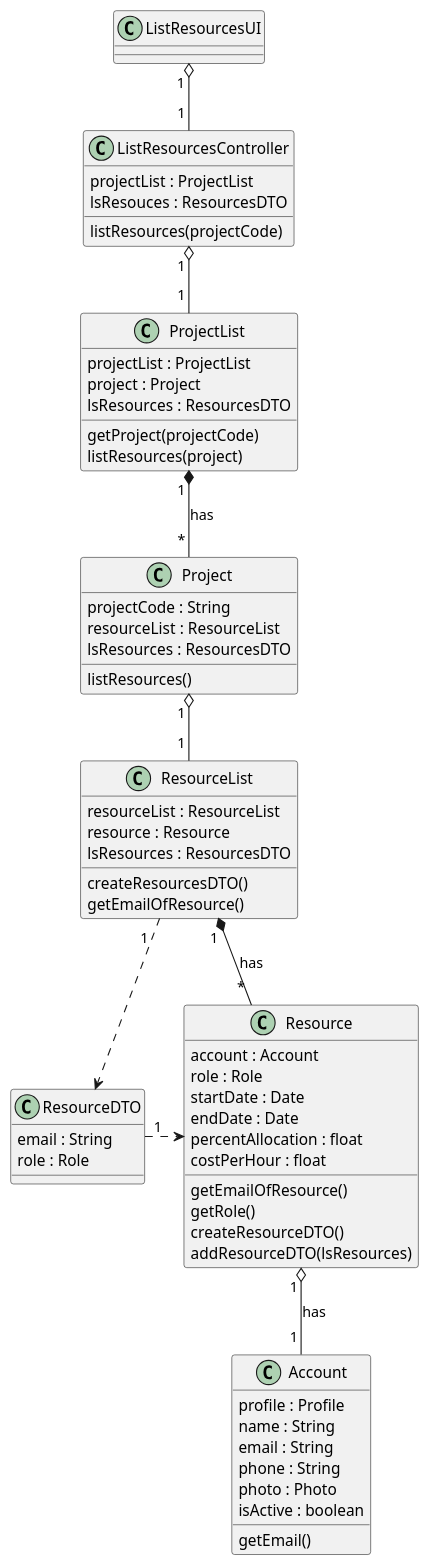
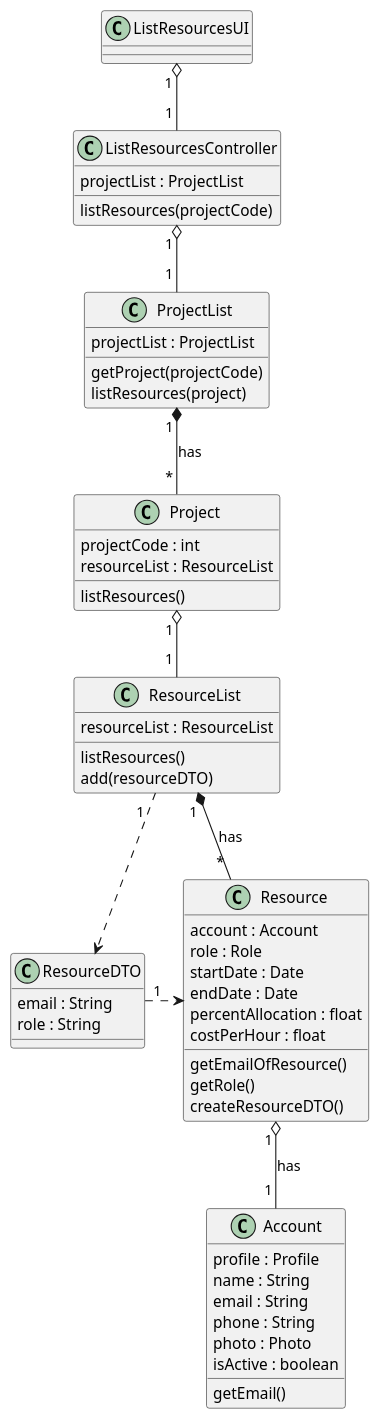
One commit to ivo-menezes/project_g3 changed the diagram in docs/modelling_design/user_stories/us014/US014_ListHumanResourcesOfProjectCD.puml. Above: the diagram before and after it, drawn with PlantUML. The commit also changed 1 other file, not shown here.

```diff
--- a/docs/modelling_design/user_stories/us014/US014_ListHumanResourcesOfProjectCD.puml
+++ b/docs/modelling_design/user_stories/us014/US014_ListHumanResourcesOfProjectCD.puml
@@ -1,73 +1,73 @@
 @startuml
 
 class ListResourcesUI {
 }
 
 class ListResourcesController{
 projectList : ProjectList
-lsResouces : ResourcesDTO
+'lsResouces : ResourcesDTO
 listResources(projectCode)
 }
 
 class ProjectList{
 projectList : ProjectList
-project : Project
-lsResources : ResourcesDTO
+'project : Project
+'lsResources : ResourcesDTO
 getProject(projectCode)
 listResources(project)
 }
 'In class Project, all attributes not relevant for US014
 'are omitted
 class Project {
-projectCode : String
+projectCode : int
 resourceList : ResourceList
-lsResources : ResourcesDTO
+'lsResources : ResourcesDTO
 listResources()
 }
 
 class ResourceList{
 resourceList : ResourceList
-resource : Resource
-lsResources : ResourcesDTO
-createResourcesDTO()
-getEmailOfResource()
+'lsResources : ResourcesDTO
+listResources()
+'getEmailOfResource()
+'createResourcesDTO()
+add(resourceDTO)
 }
 
 class ResourceDTO {
 email : String
-role : Role
+role : String
 }
 
 class Resource {
 account : Account
 role : Role
 startDate : Date
 endDate : Date
 percentAllocation : float
 costPerHour : float
 getEmailOfResource()
 getRole()
 createResourceDTO()
-addResourceDTO(lsResources)
 }
 
 class Account {
 profile : Profile
 name : String
 email : String
 phone : String
 photo : Photo
 isActive : boolean
 getEmail()
 }
 
 ListResourcesUI "1 " o-- "1 " ListResourcesController
 ListResourcesController "1 " o-- "1 " ProjectList
 ProjectList "1 " *-- " * " Project : has
 Project "1 " o-- "1 " ResourceList
 ResourceList "1  " ..> ResourceDTO
 ResourceDTO "1" .right.> Resource
 ResourceList "1 " *-- " * " Resource : has
 Resource "1 " o-- "1 " Account : has
 
 @enduml
```
